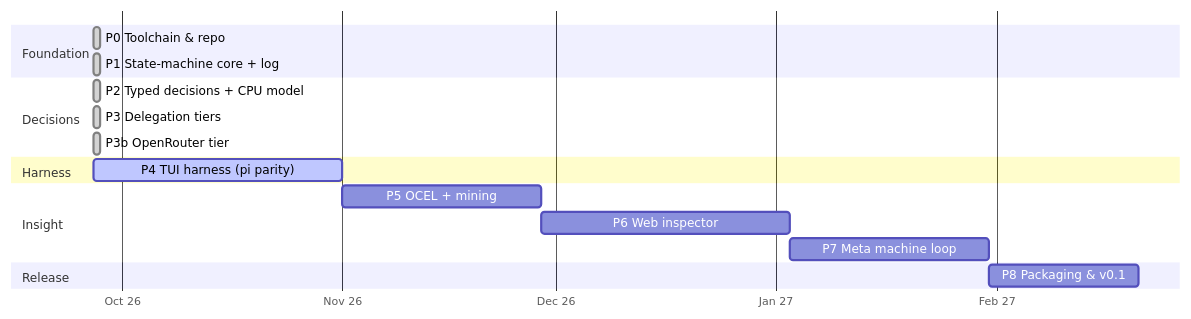
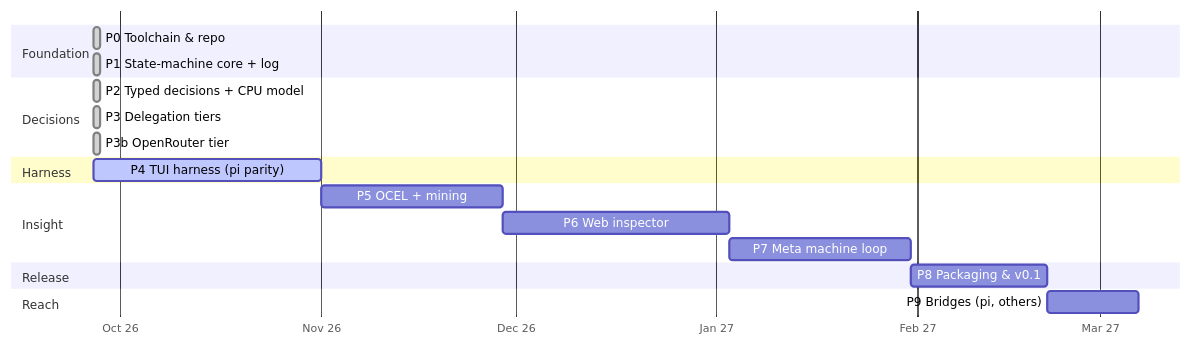
One commit to romeroabelleira/xeito changed the diagram in docs/implementation-plan.md. Above: the diagram before and after it, drawn with Mermaid. The commit also changed other lines of this file and 16 other files, not shown here.

````diff
--- a/docs/implementation-plan.md
+++ b/docs/implementation-plan.md
@@ -26,20 +27,22 @@
 ```mermaid
 gantt
   dateFormat YYYY-MM-DD
   axisFormat %b %y
   section Foundation
   P0 Toolchain & repo            :done, p0, 2026-09-27, 1d
   P1 State-machine core + log    :done, p1, 2026-09-27, 1d
   section Decisions
   P2 Typed decisions + CPU model :done, p2, 2026-09-27, 1d
   P3 Delegation tiers            :done, p3, 2026-09-27, 1d
   P3b OpenRouter tier            :done, p3b, 2026-09-27, 1d
   section Harness
   P4 TUI harness (pi parity)     :active, p4, 2026-09-27, 5w
   section Insight
   P5 OCEL + mining               :p5, after p4, 4w
   P6 Web inspector               :p6, after p5, 5w
   P7 Meta machine loop           :p7, after p6, 4w
   section Release
   P8 Packaging & v0.1            :p8, after p7, 3w
+  section Reach
+  P9 Bridges (pi, others)        :p9, after p8, 2w
 ```
````
